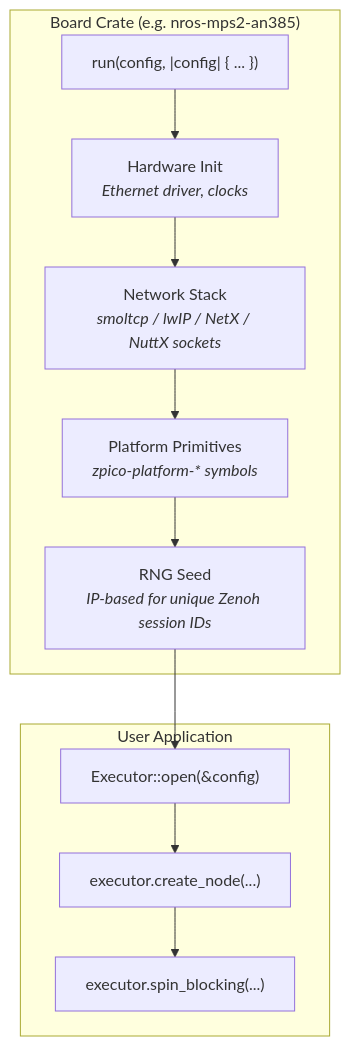
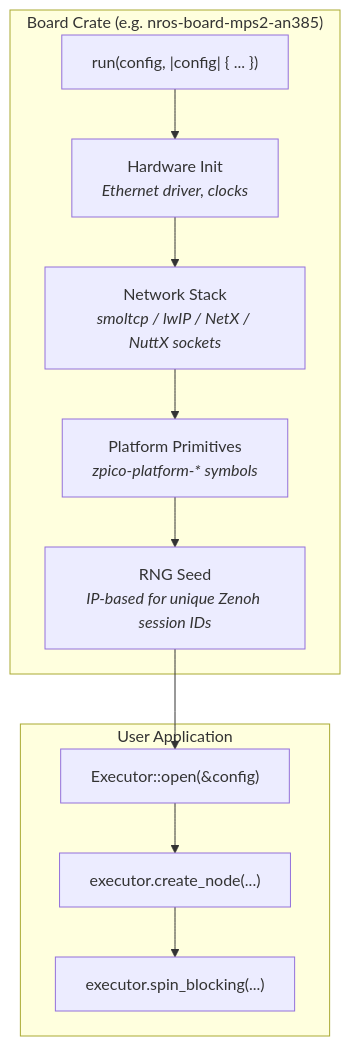
Before and after one commit to NEWSLabNTU/nano-ros: the eighth of 15 diagrams in docs/design/architecture-overview.md, drawn with Mermaid. The commit also changed other lines of this file and 429 other files, not shown here.

First line of the commit message:
84.F6.2-F6.6: rename board crates `nros-* → nros-board-*`

````diff
--- a/docs/design/architecture-overview.md
+++ b/docs/design/architecture-overview.md
@@ -393,19 +393,19 @@
 ```mermaid
 graph TD
-    subgraph "Board Crate (e.g. nros-mps2-an385)"
+    subgraph "Board Crate (e.g. nros-board-mps2-an385)"
         RUN["run(config, |config| { ... })"]
         HW["Hardware Init<br/><i>Ethernet driver, clocks</i>"]
         NET["Network Stack<br/><i>smoltcp / lwIP / NetX / NuttX sockets</i>"]
         PLAT["Platform Primitives<br/><i>zpico-platform-* symbols</i>"]
         SEED["RNG Seed<br/><i>IP-based for unique Zenoh session IDs</i>"]
     end
 
     subgraph "User Application"
         OPEN["Executor::open(&config)"]
         NODE2["executor.create_node(...)"]
         SPIN["executor.spin_blocking(...)"]
     end
 
     RUN --> HW --> NET --> PLAT --> SEED
     SEED --> OPEN --> NODE2 --> SPIN
 ```
````
